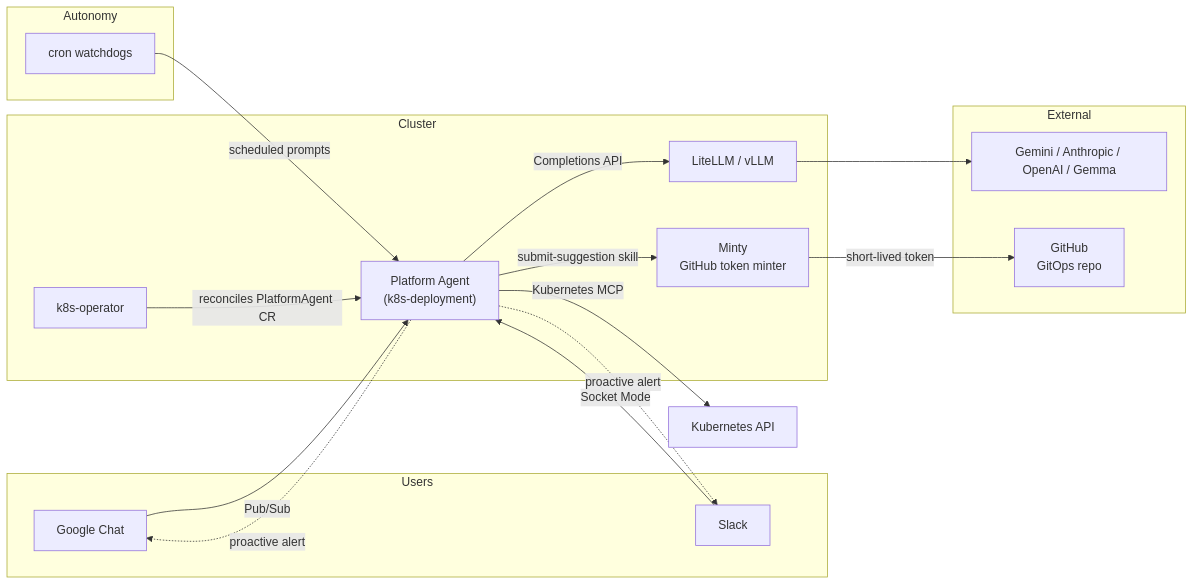
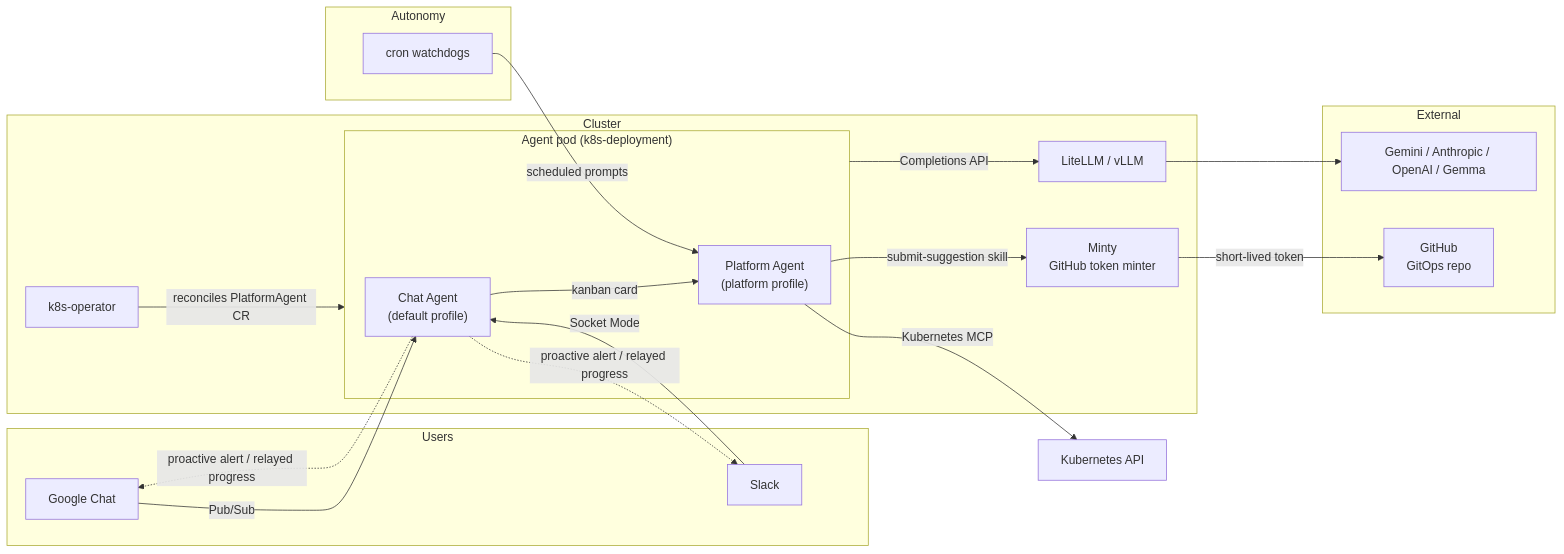
One commit to gke-agentic/kube-agents changed the diagram in docs/site/src/content/docs/index.mdx. Above: the diagram before and after it, drawn with Mermaid. The commit also changed other lines of this file and 5 other files, not shown here.

First line of the commit message:
docs(site): document the Chat Agent front door and the two-profile pod

````diff
--- a/docs/site/src/content/docs/index.mdx
+++ b/docs/site/src/content/docs/index.mdx
@@ -76,35 +76,39 @@
 ```mermaid
 flowchart LR
     subgraph Users
         GC[Google Chat]
         SL[Slack]
     end
 
     subgraph Autonomy
         CR[cron watchdogs]
     end
 
     subgraph Cluster
         OP[k8s-operator]
-        PA["Platform Agent<br/>(k8s-deployment)"]
+        subgraph Pod["Agent pod (k8s-deployment)"]
+            CA["Chat Agent<br/>(default profile)"]
+            PA["Platform Agent<br/>(platform profile)"]
+        end
         LM[LiteLLM / vLLM]
         MT[Minty<br/>GitHub token minter]
     end
 
     subgraph External
         LLM[Gemini / Anthropic / OpenAI / Gemma]
         GH[GitHub<br/>GitOps repo]
     end
 
-    GC -->|Pub/Sub| PA
-    SL -->|Socket Mode| PA
+    GC -->|Pub/Sub| CA
+    SL -->|Socket Mode| CA
+    CA -->|kanban card| PA
     CR -->|scheduled prompts| PA
-    OP -->|reconciles PlatformAgent CR| PA
-    PA -->|Completions API| LM
+    OP -->|reconciles PlatformAgent CR| Pod
+    Pod -->|Completions API| LM
     LM --> LLM
     PA -->|submit-suggestion skill| MT
     MT -->|short-lived token| GH
     PA -->|Kubernetes MCP| K8S[Kubernetes API]
-    PA -.->|proactive alert| GC
-    PA -.->|proactive alert| SL
+    CA -.->|proactive alert / relayed progress| GC
+    CA -.->|proactive alert / relayed progress| SL
 ```
````
